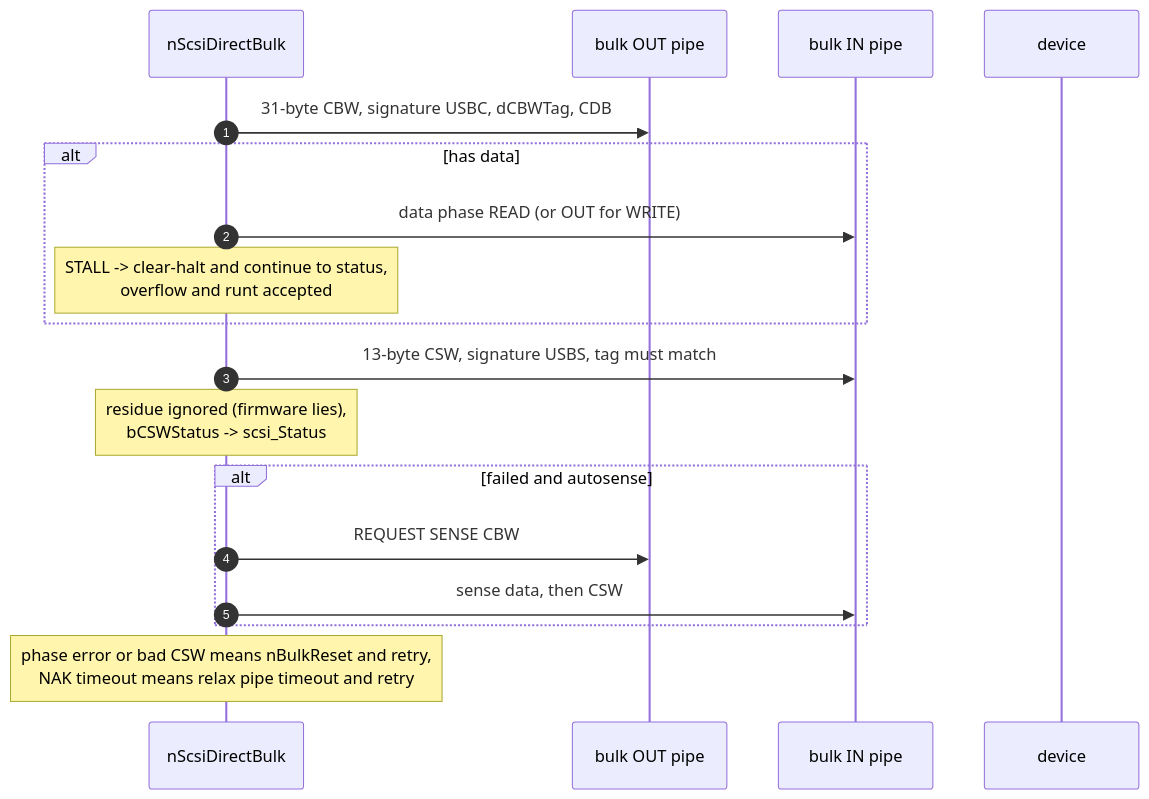
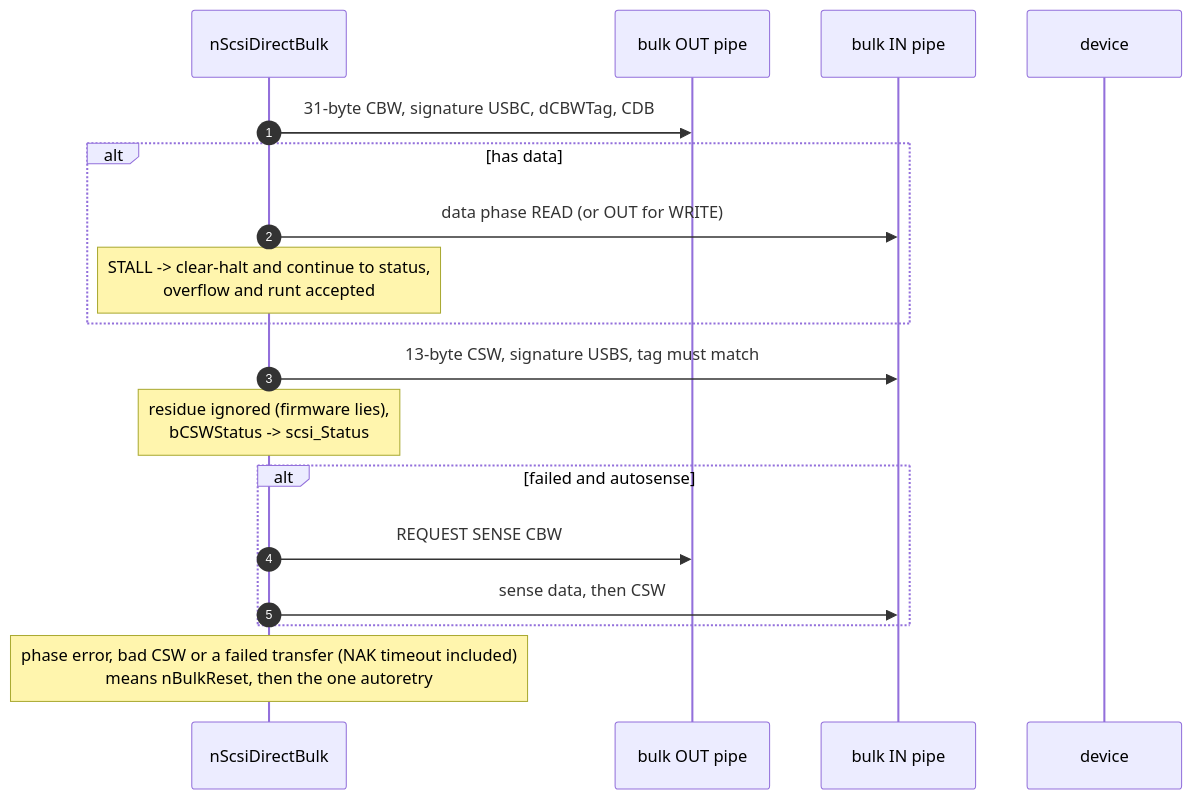
Before and after one commit to rondoval/poseidon-backport: the sixth of 12 diagrams in docs/massstorage.class-architecture.md, drawn with Mermaid. The commit also changed other lines of this file and 1 other file, not shown here.

````diff
--- a/docs/massstorage.class-architecture.md
+++ b/docs/massstorage.class-architecture.md
@@ -372,21 +387,21 @@
 ```mermaid
 sequenceDiagram
     autonumber
     participant H as nScsiDirectBulk
     participant OUT as bulk OUT pipe
     participant IN as bulk IN pipe
     participant DEV as device
 
     H->>OUT: 31-byte CBW, signature USBC, dCBWTag, CDB
     alt has data
         H->>IN: data phase READ (or OUT for WRITE)
         note over H: STALL -> clear-halt and continue to status,<br/>overflow and runt accepted
     end
     H->>IN: 13-byte CSW, signature USBS, tag must match
     note over H: residue ignored (firmware lies),<br/>bCSWStatus -> scsi_Status
     alt failed and autosense
         H->>OUT: REQUEST SENSE CBW
         H->>IN: sense data, then CSW
     end
-    note over H: phase error or bad CSW means nBulkReset and retry,<br/>NAK timeout means relax pipe timeout and retry
+    note over H: phase error, bad CSW or a failed transfer (NAK timeout included)<br/>means nBulkReset, then the one autoretry
 ```
````
